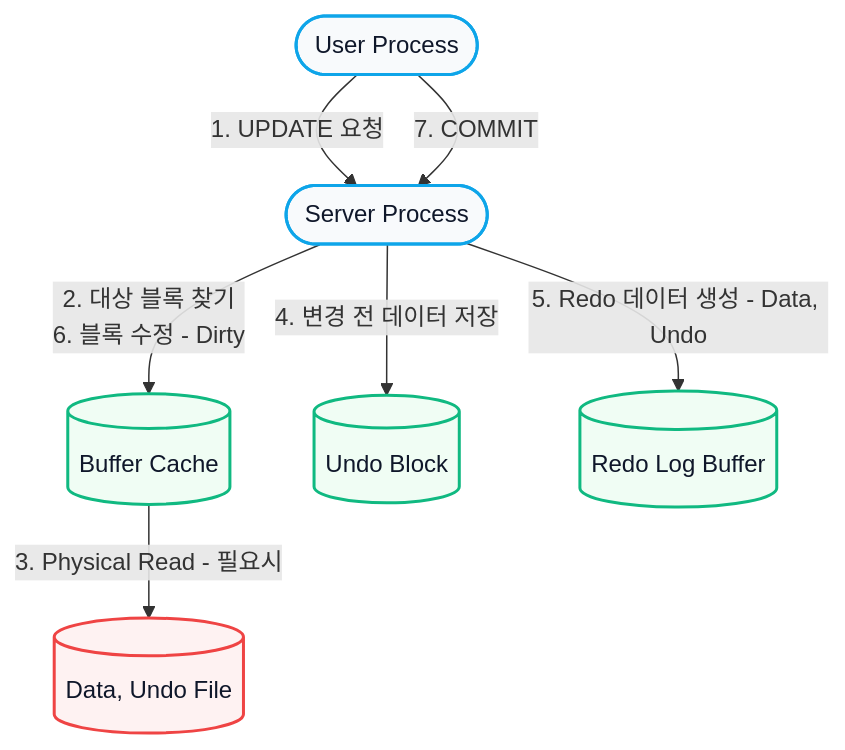
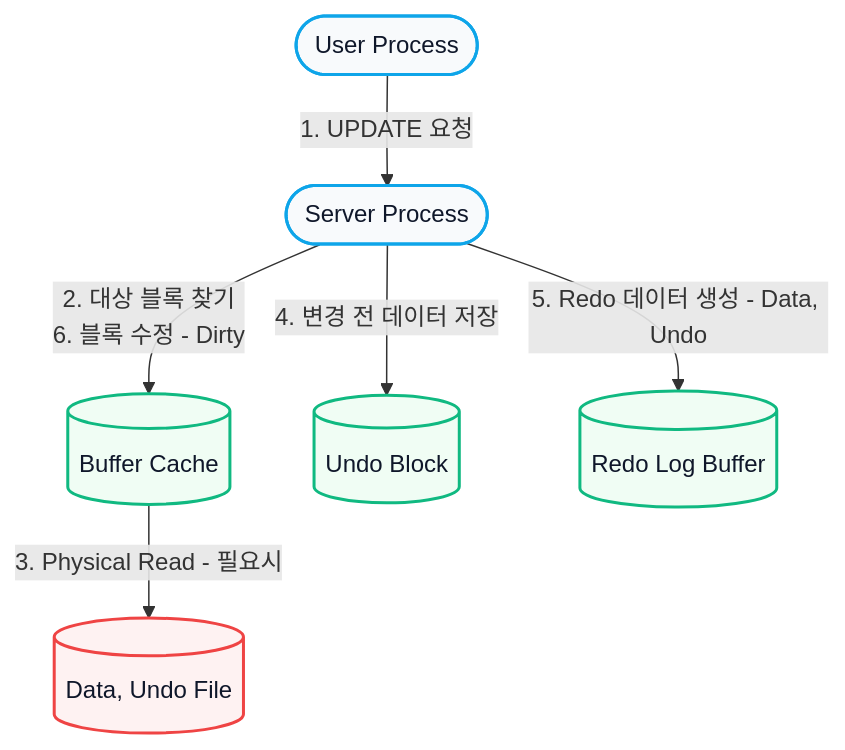
The third of 6 diagrams in assets/lessons/visit-service/sql_execution_flow.md (kkcskill-dot/TS_edu), drawn with Mermaid before and after one commit. The commit also changed other lines of this file, not shown here.

Commit message:
docs: separate COMMIT and ROLLBACK logic from DML execution flow diagrams

````diff
--- a/assets/lessons/visit-service/sql_execution_flow.md
+++ b/assets/lessons/visit-service/sql_execution_flow.md
@@ -88,23 +77,22 @@
 ```mermaid
 flowchart TD
     UP([User Process])
     SP([Server Process])
     BC[(Buffer Cache)]
     Undo[(Undo Block)]
     Redo[(Redo Log Buffer)]
     DF[(Data, Undo File)]
 
     UP -->|"1. UPDATE 요청"| SP
     SP -->|"2. 대상 블록 찾기<br/>6. 블록 수정 - Dirty"| BC
     BC -->|"3. Physical Read - 필요시"| DF
     SP -->|"4. 변경 전 데이터 저장"| Undo
     SP -->|"5. Redo 데이터 생성 - Data, Undo"| Redo
-    UP -->|"7. COMMIT"| SP
 
     classDef process fill:#f8fafc,stroke:#0ea5e9,stroke-width:2px,color:#0f172a;
     classDef mem fill:#f0fdf4,stroke:#10b981,stroke-width:2px,color:#0f172a;
     classDef disk fill:#fef2f2,stroke:#ef4444,stroke-width:2px,color:#0f172a;
     class UP,SP process;
     class BC,Undo,Redo mem;
     class DF disk;
 ```
````
